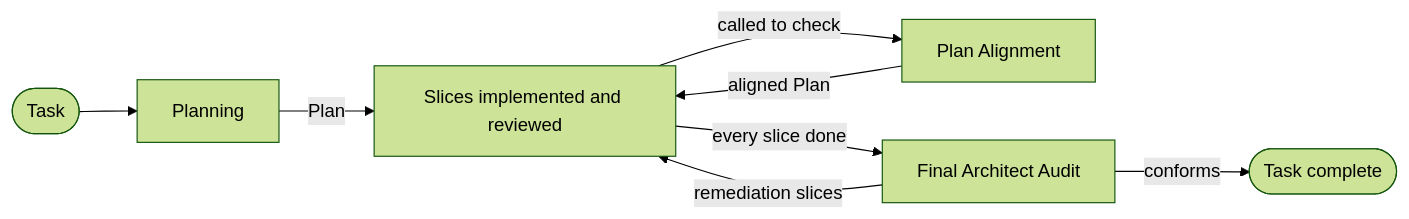
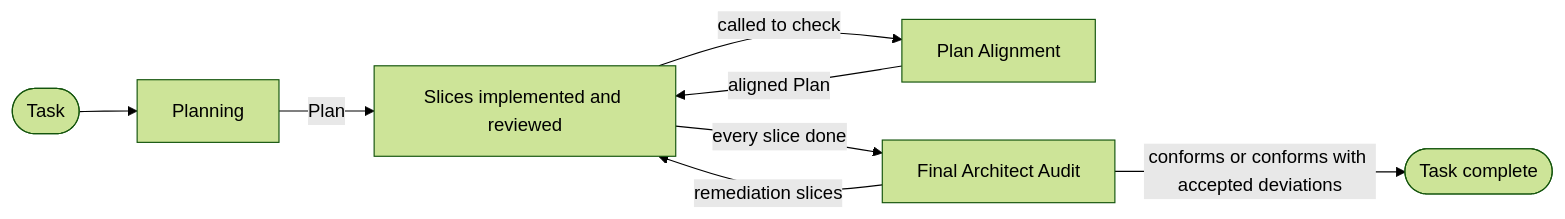
One commit to ssi91/harman changed the first of 2 diagrams in skills/harman-architect/SKILL.md. Above: the diagram before and after it, drawn with Mermaid (forest theme). The commit also changed other lines of this file and 6 other files, not shown here.

````diff
--- a/skills/harman-architect/SKILL.md
+++ b/skills/harman-architect/SKILL.md
@@ -43,10 +30,10 @@
 ```mermaid
 flowchart LR
   T([Task]) --> PL[Planning]
   PL -->|Plan| S[Slices implemented and reviewed]
   S -->|called to check| AL[Plan Alignment]
   AL -->|aligned Plan| S
   S -->|every slice done| AU[Final Architect Audit]
   AU -->|remediation slices| S
-  AU -->|conforms| E([Task complete])
+  AU -->|conforms or conforms with accepted deviations| E([Task complete])
 ```
````
